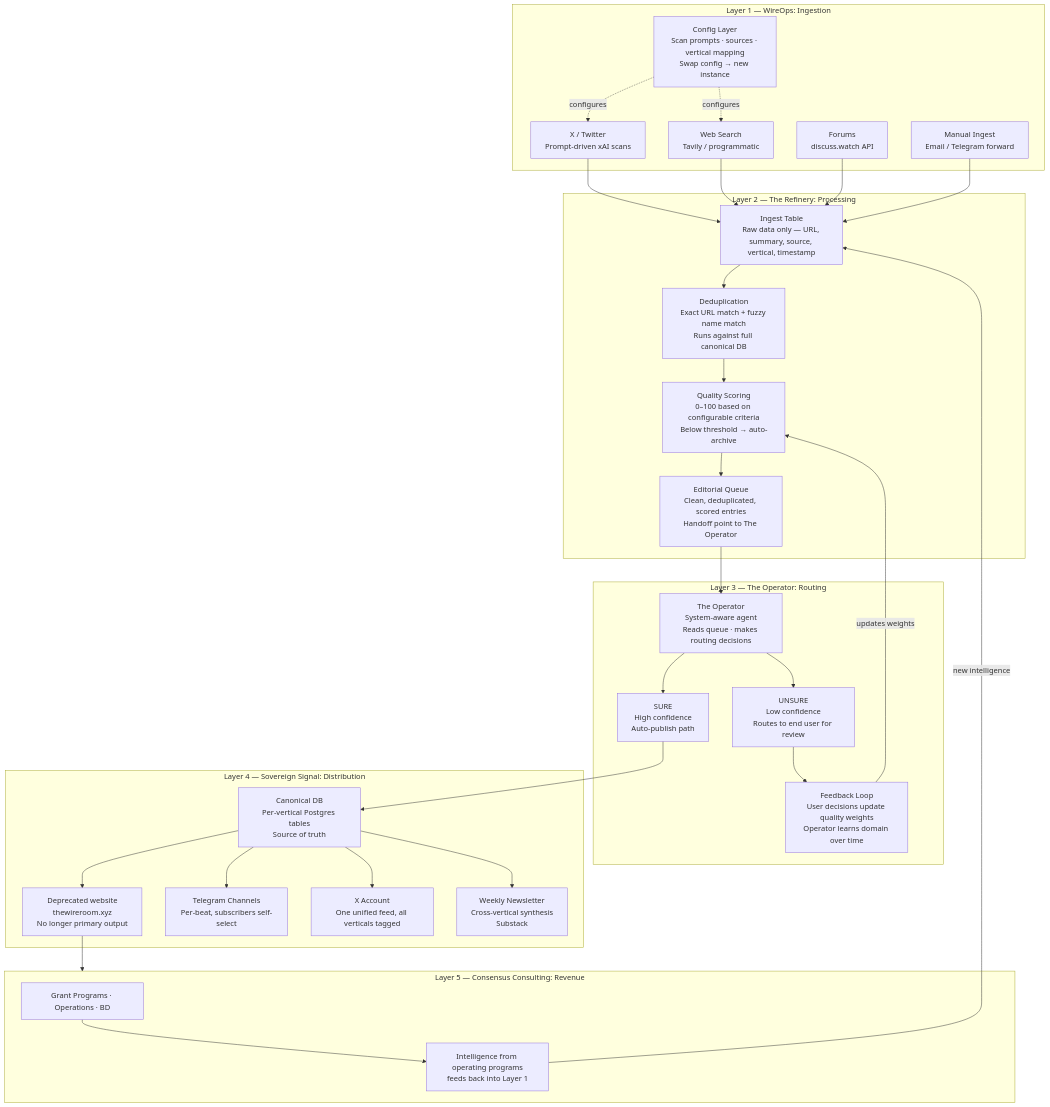
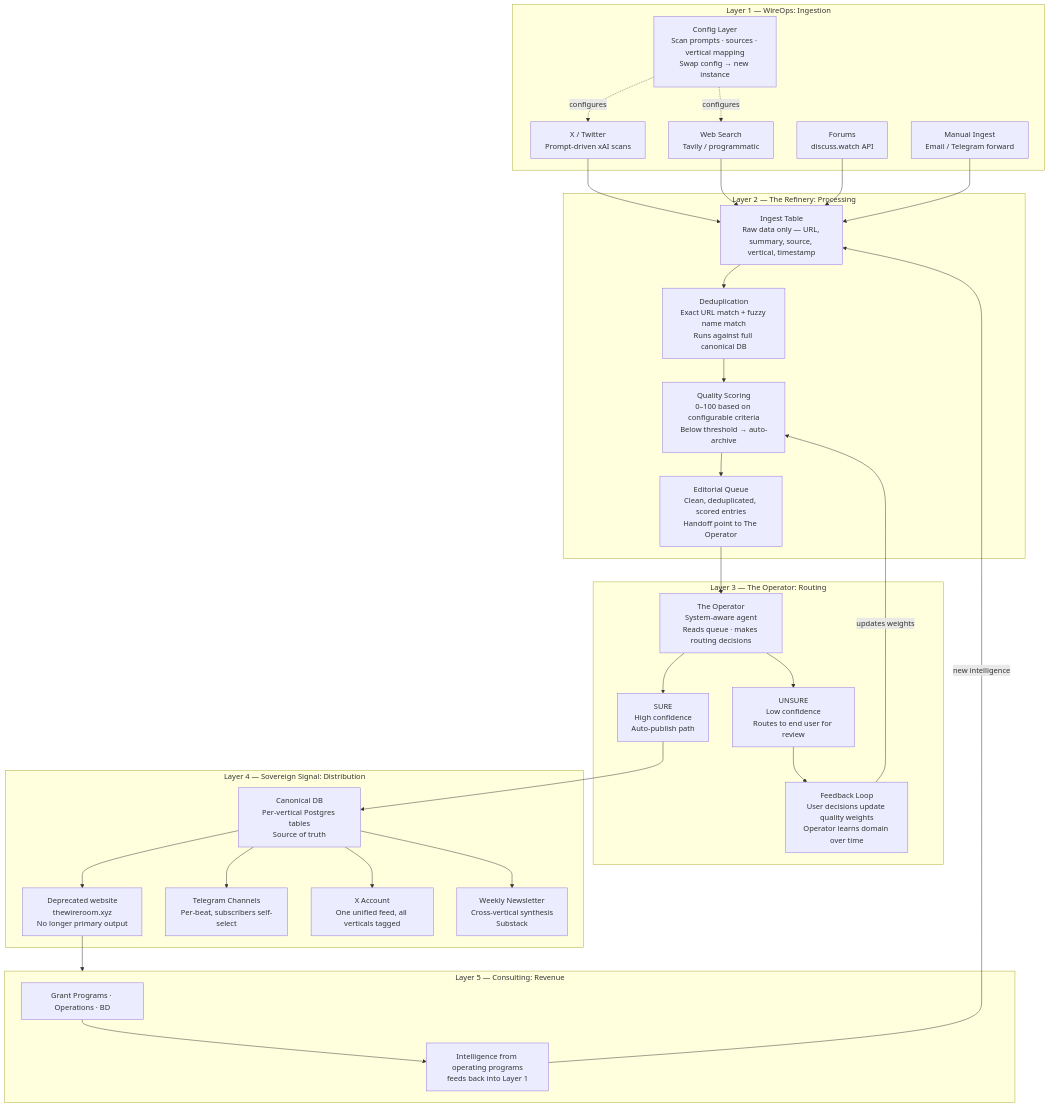
Before and after one commit to SovereignSignal/wire-room-ops: the diagram in docs/archive/ARCHITECTURE.md, drawn with Mermaid. The commit also changed other lines of this file and 51 other files, not shown here.

````diff
--- a/docs/archive/ARCHITECTURE.md
+++ b/docs/archive/ARCHITECTURE.md
@@ -31,64 +31,64 @@
 ```mermaid
 flowchart TD
     subgraph SOURCES["Layer 1 — WireOps: Ingestion"]
         X["X / Twitter\nPrompt-driven xAI scans"]
         WEB["Web Search\nTavily / programmatic"]
         FORUMS["Forums\ndiscuss.watch API"]
         MANUAL["Manual Ingest\nEmail / Telegram forward"]
         CONFIG["Config Layer\nScan prompts · sources · vertical mapping\nSwap config → new instance"]
     end
 
     subgraph REFINERY["Layer 2 — The Refinery: Processing"]
         INGEST["Ingest Table\nRaw data only — URL, summary, source, vertical, timestamp"]
         DEDUP["Deduplication\nExact URL match + fuzzy name match\nRuns against full canonical DB"]
         SCORE["Quality Scoring\n0–100 based on configurable criteria\nBelow threshold → auto-archive"]
         QUEUE["Editorial Queue\nClean, deduplicated, scored entries\nHandoff point to The Operator"]
     end
 
     subgraph OPERATOR["Layer 3 — The Operator: Routing"]
         OP["The Operator\nSystem-aware agent\nReads queue · makes routing decisions"]
         SURE["SURE\nHigh confidence\nAuto-publish path"]
         UNSURE["UNSURE\nLow confidence\nRoutes to end user for review"]
         FEEDBACK["Feedback Loop\nUser decisions update quality weights\nOperator learns domain over time"]
     end
 
     subgraph DIST["Layer 4 — Sovereign Signal: Distribution"]
         DB["Canonical DB\nPer-vertical Postgres tables\nSource of truth"]
         WIREROOM["Deprecated website\nthewireroom.xyz\nNo longer primary output"]
         TG["Telegram Channels\nPer-beat, subscribers self-select"]
         XFEED["X Account\nOne unified feed, all verticals tagged"]
         NL["Weekly Newsletter\nCross-vertical synthesis\nSubstack"]
     end
 
-    subgraph OPS["Layer 5 — Consensus Consulting: Revenue"]
+    subgraph OPS["Layer 5 — Consulting: Revenue"]
         CONSULT["Grant Programs · Operations · BD"]
         FLYWHEEL["Intelligence from operating programs\nfeeds back into Layer 1"]
     end
 
     X --> INGEST
     WEB --> INGEST
     FORUMS --> INGEST
     MANUAL --> INGEST
     CONFIG -.->|"configures"| X
     CONFIG -.->|"configures"| WEB
 
     INGEST --> DEDUP
     DEDUP --> SCORE
     SCORE --> QUEUE
 
     QUEUE --> OP
     OP --> SURE
     OP --> UNSURE
     UNSURE --> FEEDBACK
     FEEDBACK -->|"updates weights"| SCORE
 
     SURE --> DB
     DB --> WIREROOM
     DB --> TG
     DB --> XFEED
     DB --> NL
 
     WIREROOM --> OPS
     CONSULT --> FLYWHEEL
     FLYWHEEL -->|"new intelligence"| INGEST
 ```
````
